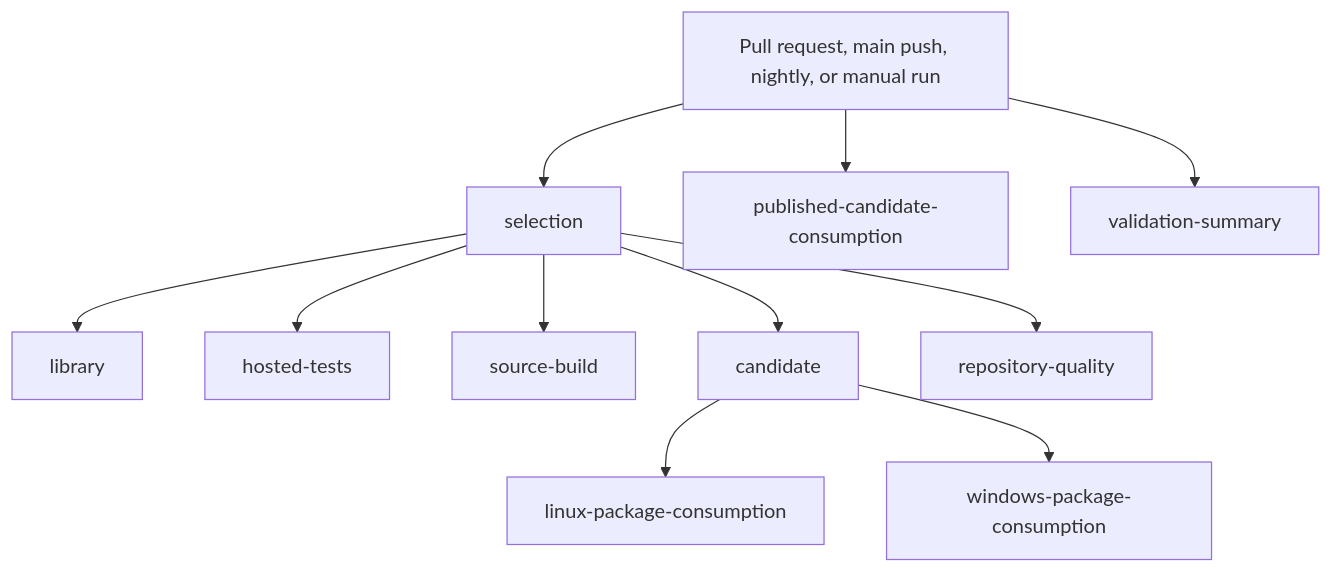
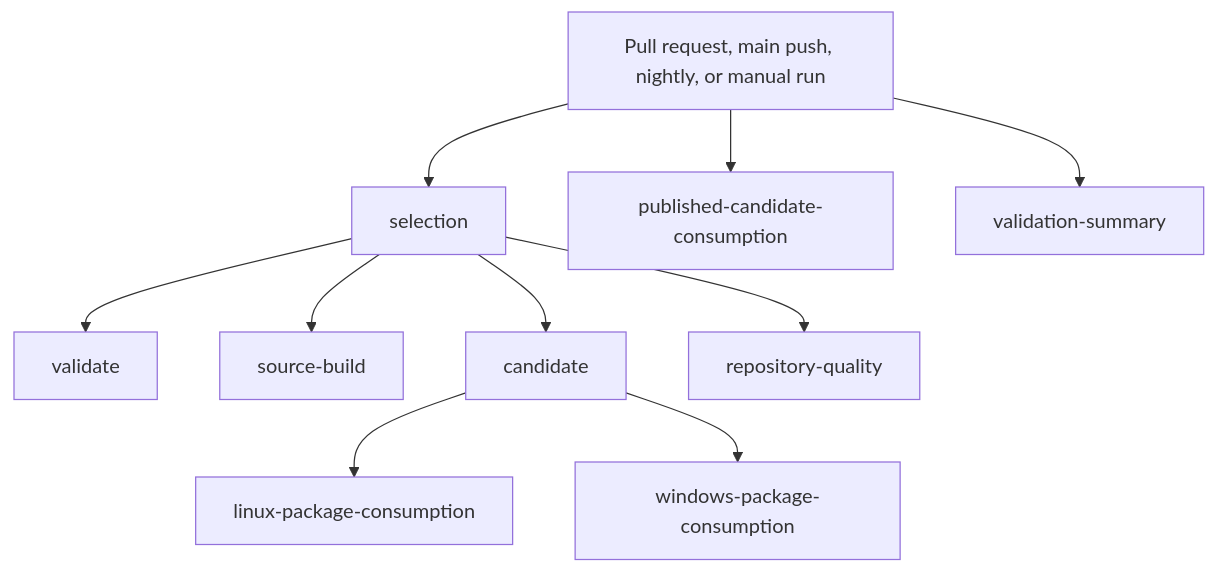
Before and after one commit to danigutsch/PandaBear.SharedKernel: the second of 2 diagrams in docs/architecture/README.md, drawn with Mermaid. The commit also changed 81 other files, not shown here.

````diff
--- a/docs/architecture/README.md
+++ b/docs/architecture/README.md
@@ -64,24 +64,22 @@
 ```mermaid
 flowchart TB
     trigger[Pull request, main push, nightly, or manual run]
     selection[selection]
-    library[library]
-    hosted_tests[hosted-tests]
+    validate[validate]
     source_build[source-build]
     candidate[candidate]
     linux_package_consumption[linux-package-consumption]
     windows_package_consumption[windows-package-consumption]
     repository_quality[repository-quality]
     published_candidate_consumption[published-candidate-consumption]
     validation_summary[validation-summary]
     trigger --> selection
-    selection --> library
-    selection --> hosted_tests
+    selection --> validate
     selection --> source_build
     selection --> candidate
     candidate --> linux_package_consumption
     candidate --> windows_package_consumption
     selection --> repository_quality
     trigger --> published_candidate_consumption
     trigger --> validation_summary
 ```
````
